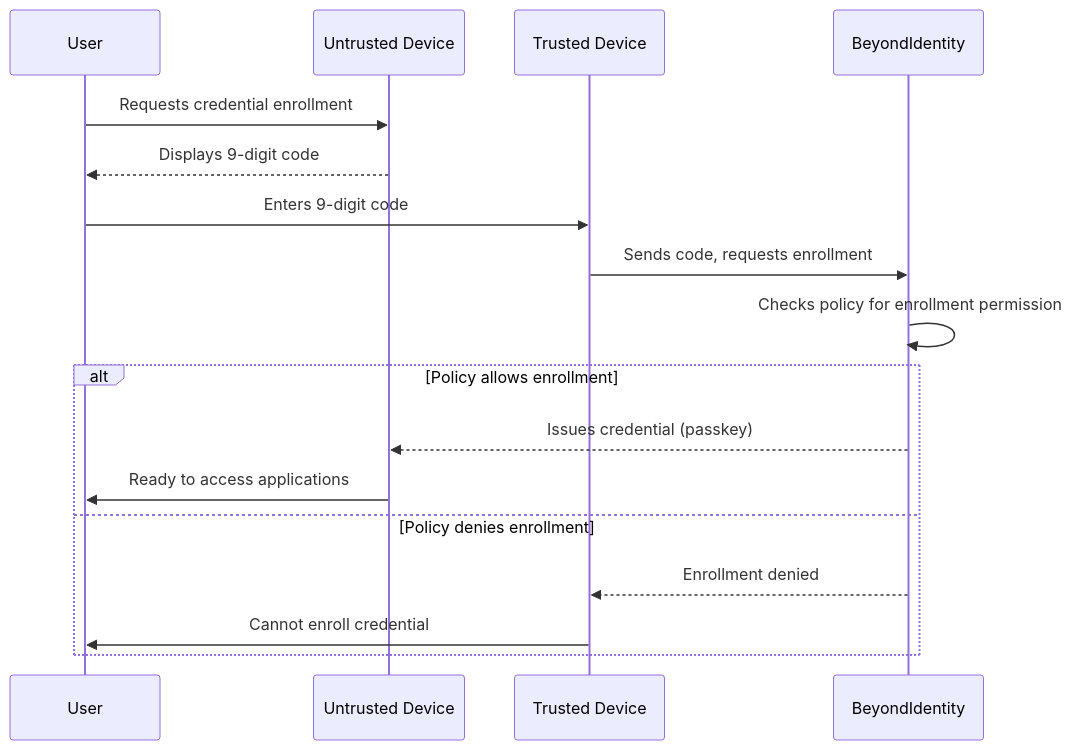
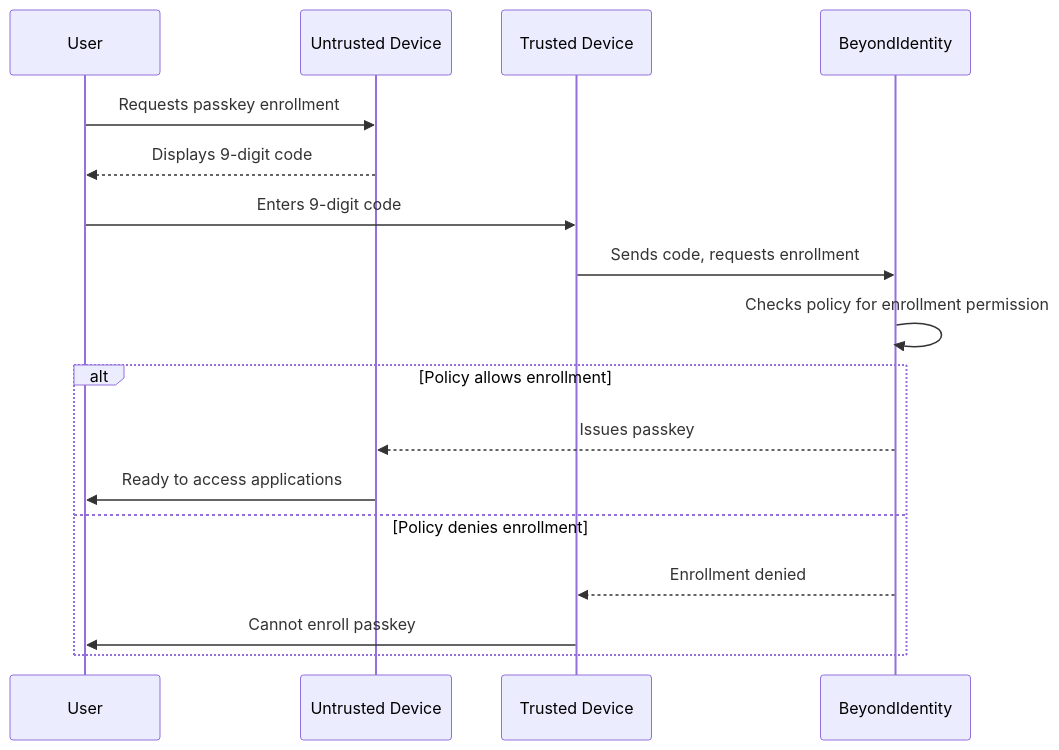
The diagram in docs/end-user-guides/self-enrollment.mdx (gobeyondidentity/customer-docs), drawn with Mermaid before and after one commit. The commit also changed other lines of this file and 3 other files, not shown here.

````diff
--- a/docs/end-user-guides/self-enrollment.mdx
+++ b/docs/end-user-guides/self-enrollment.mdx
@@ -28,20 +28,20 @@
 ```mermaid
 sequenceDiagram
     participant User
     participant Untrusted Device
     participant Trusted Device
     participant BeyondIdentity
 
-    User->>Untrusted Device: Requests credential enrollment
+    User->>Untrusted Device: Requests passkey enrollment
     Untrusted Device-->>User: Displays 9-digit code
     User->>Trusted Device: Enters 9-digit code
     Trusted Device->>BeyondIdentity: Sends code, requests enrollment
     BeyondIdentity->>BeyondIdentity: Checks policy for enrollment permission
     alt Policy allows enrollment
-        BeyondIdentity-->>Untrusted Device: Issues credential (passkey)
+        BeyondIdentity-->>Untrusted Device: Issues passkey
         Untrusted Device->>User: Ready to access applications
     else Policy denies enrollment
         BeyondIdentity-->>Trusted Device: Enrollment denied
-        Trusted Device->>User: Cannot enroll credential
+        Trusted Device->>User: Cannot enroll passkey
     end
 ```
````
